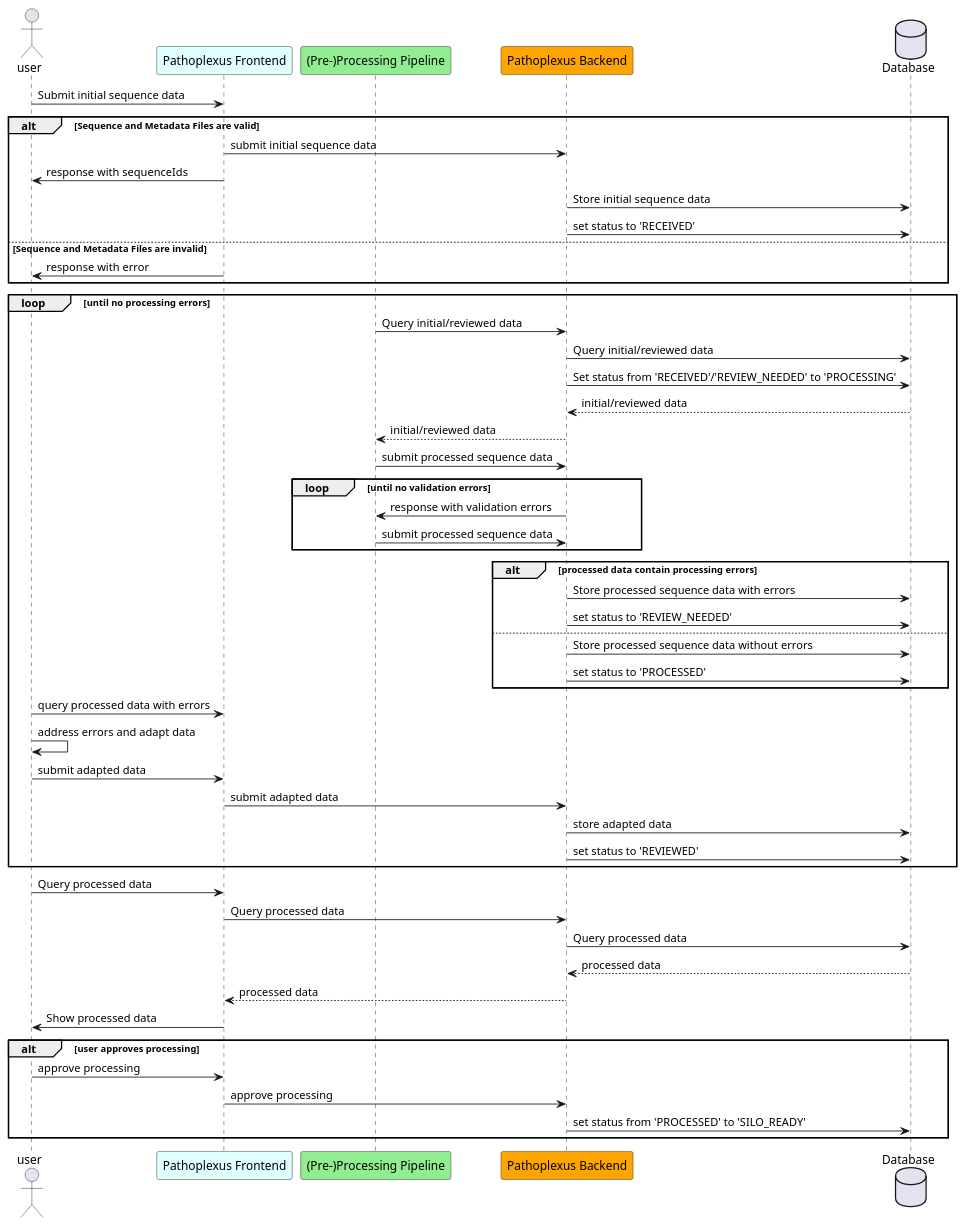
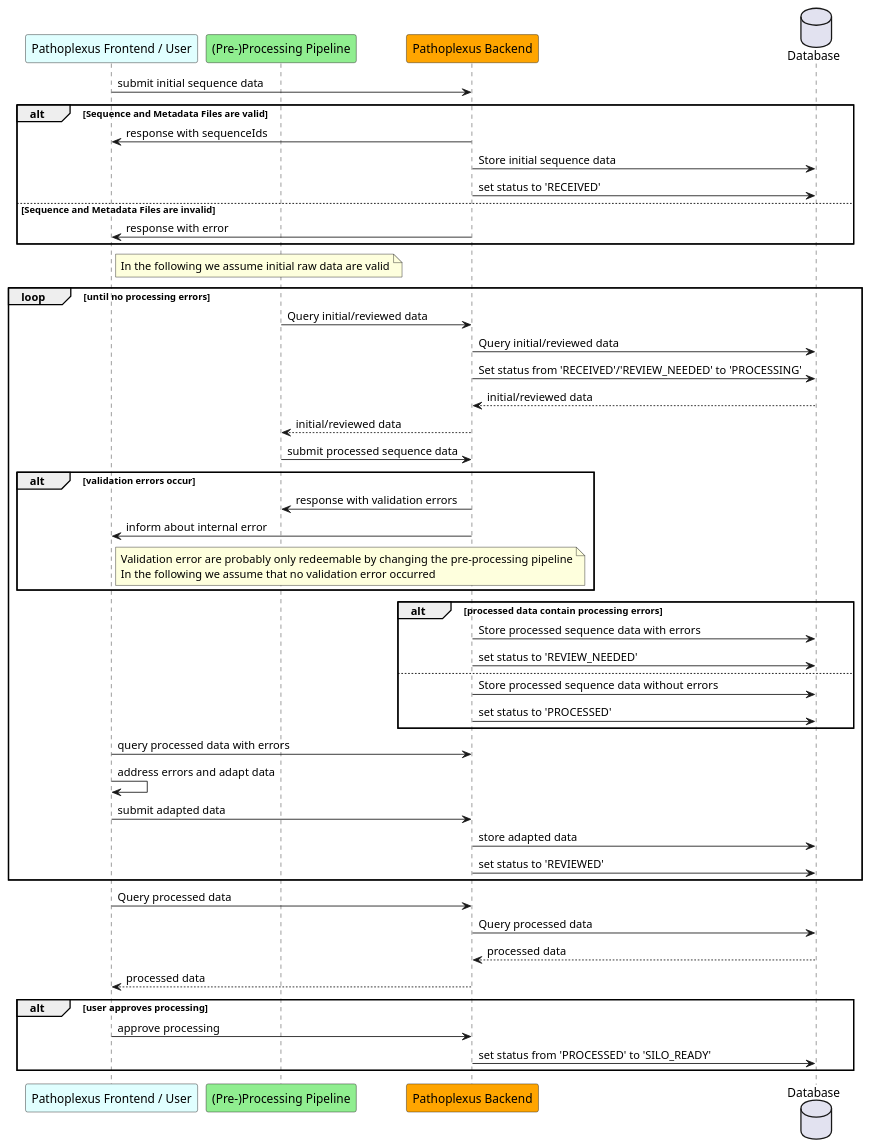
Before and after one commit to loculus-project/loculus: the diagram in backend/docs/plantuml/sequenceInitialSubmission.puml, drawn with PlantUML.

Commit message:
docs(backend): adapt sequence diagram initial submission

```diff
--- a/backend/docs/plantuml/sequenceInitialSubmission.puml
+++ b/backend/docs/plantuml/sequenceInitialSubmission.puml
@@ -1,58 +1,62 @@
 @startuml
-    actor user
-    participant "Pathoplexus Frontend" as frontend #LightCyan
+    participant "Pathoplexus Frontend / User" as frontend #LightCyan
     participant "(Pre-)Processing Pipeline" as processing #LightGreen
     participant "Pathoplexus Backend" as backend #Orange
     database "Database" as DB
 
-    user -> frontend: Submit initial sequence data
+    frontend -> backend: submit initial sequence data
     alt Sequence and Metadata Files are valid
-        frontend -> backend: submit initial sequence data
-        frontend -> user: response with sequenceIds
+        backend -> frontend: response with sequenceIds
         backend -> DB: Store initial sequence data
         backend -> DB: set status to 'RECEIVED'
     else Sequence and Metadata Files are invalid
-        frontend -> user: response with error
+        backend -> frontend: response with error
     end
+
+   note right of frontend
+      In the following we assume initial raw data are valid
+   end note
 
     loop until no processing errors
 
         processing -> backend: Query initial/reviewed data
         backend -> DB: Query initial/reviewed data
         backend -> DB: Set status from 'RECEIVED'/'REVIEW_NEEDED' to 'PROCESSING'
         DB --> backend: initial/reviewed data
         backend --> processing: initial/reviewed data
 
         processing -> backend: submit processed sequence data
-        loop until no validation errors
+        alt validation errors occur
             backend -> processing: response with validation errors
-            processing -> backend: submit processed sequence data
+            backend -> frontend: inform about internal error
+             note right of frontend
+                  Validation error are probably only redeemable by changing the pre-processing pipeline
+                  In the following we assume that no validation error occurred
+               end note
         end loop
 
         alt processed data contain processing errors
             backend -> DB: Store processed sequence data with errors
             backend -> DB: set status to 'REVIEW_NEEDED'
         else
             backend -> DB: Store processed sequence data without errors
             backend -> DB: set status to 'PROCESSED'
         end
-        user -> frontend: query processed data with errors
-        user -> user: address errors and adapt data
-        user -> frontend: submit adapted data
+         frontend -> backend: query processed data with errors
+        frontend -> frontend: address errors and adapt data
+
         frontend -> backend: submit adapted data
         backend -> DB: store adapted data
         backend -> DB: set status to 'REVIEWED'
     end loop
 
-    user -> frontend: Query processed data
+
     frontend -> backend: Query processed data
     backend -> DB: Query processed data
     DB --> backend: processed data
     backend --> frontend: processed data
-    frontend -> user: Show processed data
     alt user approves processing
-        user -> frontend: approve processing
         frontend -> backend: approve processing
         backend -> DB: set status from 'PROCESSED' to 'SILO_READY'
     end
 @enduml
```
